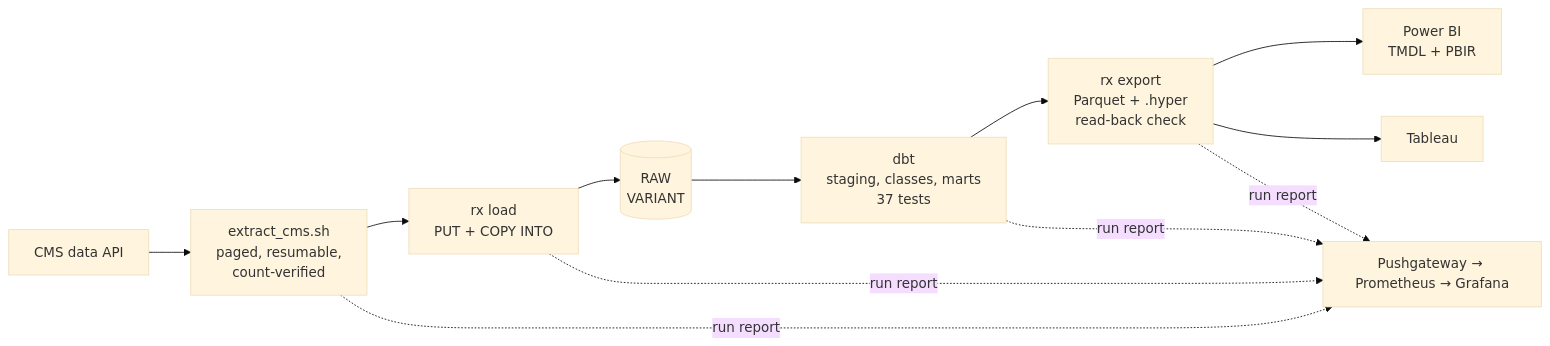
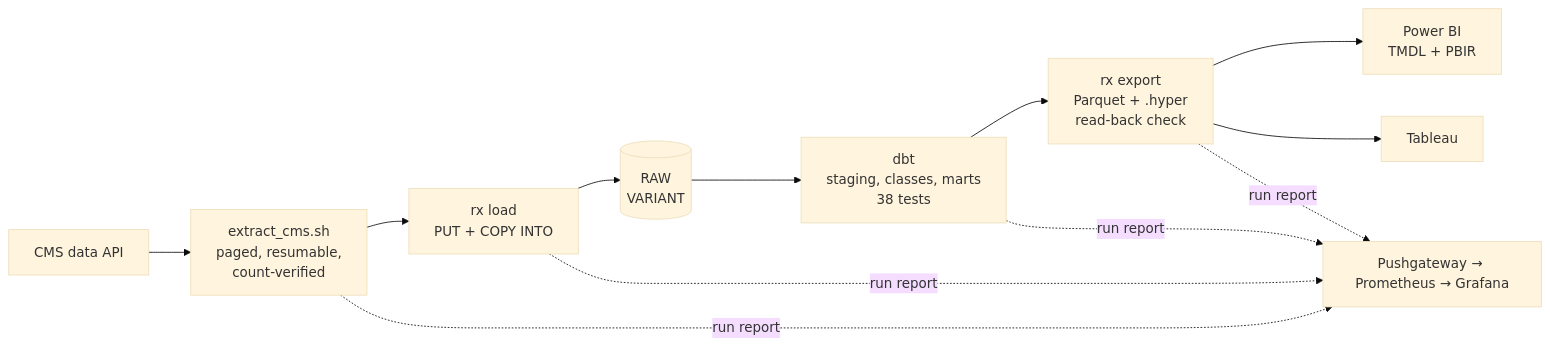
The diagram in README.md (Tajaddin/medicare-rx-analytics), drawn with Mermaid (base theme) before and after one commit. The commit also changed 6 other files, not shown here.

````diff
--- a/README.md
+++ b/README.md
@@ -41,10 +41,10 @@
 ```mermaid
 flowchart LR
     API["CMS data API"] --> X["extract_cms.sh<br/>paged, resumable,<br/>count-verified"]
     X --> L["rx load<br/>PUT + COPY INTO"]
     L --> R[("RAW<br/>VARIANT")]
-    R --> D["dbt<br/>staging, classes, marts<br/>37 tests"]
+    R --> D["dbt<br/>staging, classes, marts<br/>38 tests"]
     D --> E["rx export<br/>Parquet + .hyper<br/>read-back check"]
     E --> PB["Power BI<br/>TMDL + PBIR"] & TB["Tableau"]
     X & L & D & E -. run report .-> M["Pushgateway → Prometheus → Grafana"]
 ```
````
